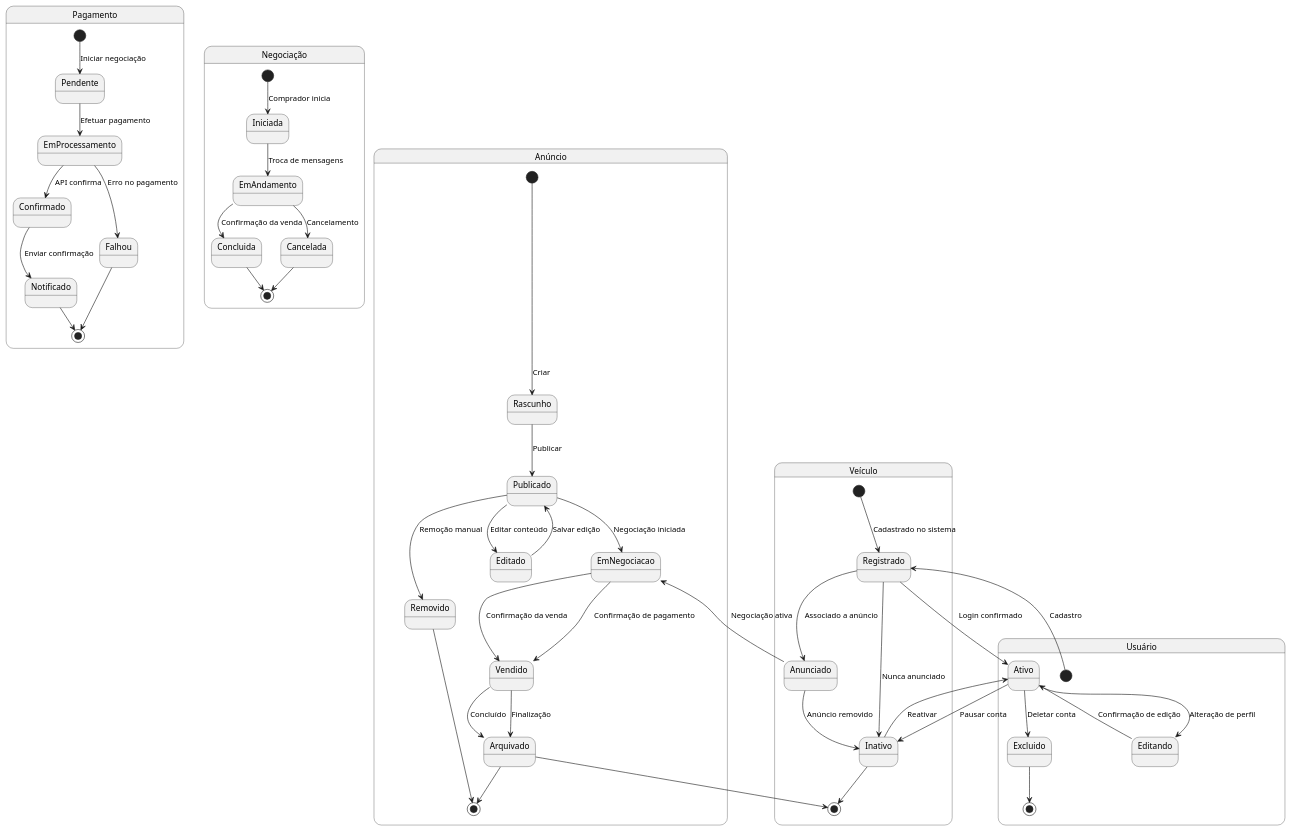
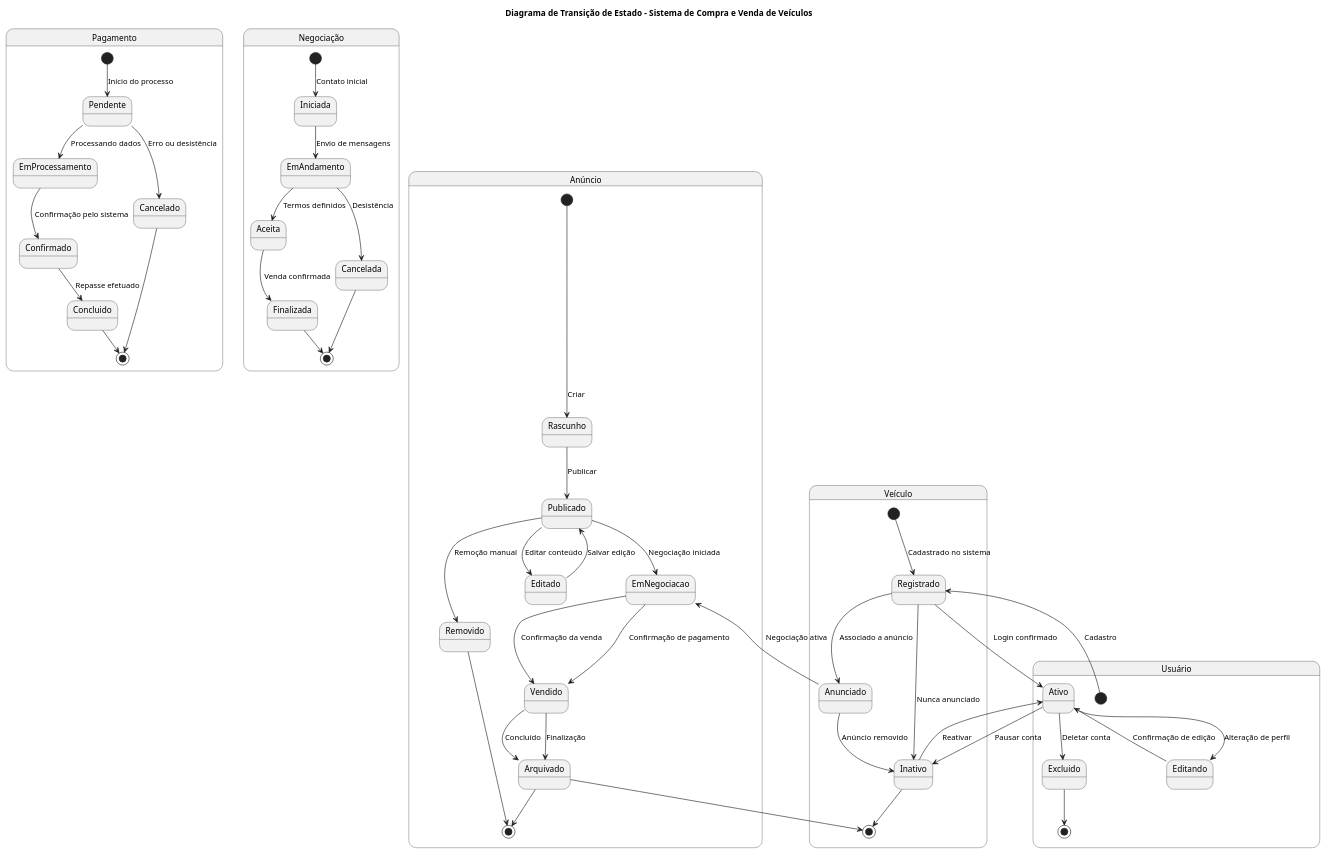
The diagram in diagrama_transicao_estado.md (guilhermeoliveirateo/sistema-compra-venda-veiculos), drawn with PlantUML before and after one commit.

````diff
--- a/diagrama_transicao_estado.md
+++ b/diagrama_transicao_estado.md
@@ -3,70 +1,80 @@
 ```plantuml
-'' ============================
+@startuml
+title Diagrama de Transição de Estado – Sistema de Compra e Venda de Veículos
+
+' ============================
 ' Diagrama de estado do ANÚNCIO
 ' ============================
 state "Anúncio" as Anuncio {
   [*] --> Rascunho : Criar
   Rascunho --> Publicado : Publicar
   Publicado --> EmNegociacao : Negociação iniciada
   EmNegociacao --> Vendido : Confirmação de pagamento
   Vendido --> Arquivado : Finalização
   Arquivado --> [*]
 
   Publicado --> Editado : Editar conteúdo
   Editado --> Publicado : Salvar edição
   Publicado --> Removido : Remoção manual
   Removido --> [*]
 }
 
 ' ============================
 ' Diagrama de estado do VEÍCULO
 ' ============================
 state "Veículo" as Veiculo {
   [*] --> Registrado : Cadastrado no sistema
   Registrado --> Anunciado : Associado a anúncio
   Anunciado --> EmNegociacao : Negociação ativa
   EmNegociacao --> Vendido : Confirmação da venda
   Vendido --> Arquivado : Concluído
   Arquivado --> [*]
 
   Registrado --> Inativo : Nunca anunciado
   Inativo --> [*]
   Anunciado --> Inativo : Anúncio removido
 }
 
 ' ============================
 ' Diagrama de estado do USUÁRIO
 ' ============================
 state "Usuário" as Usuario {
   [*] --> Registrado : Cadastro
   Registrado --> Ativo : Login confirmado
   Ativo --> Editando : Alteração de perfil
   Editando --> Ativo : Confirmação de edição
   Ativo --> Inativo : Pausar conta
   Inativo --> Ativo : Reativar
   Ativo --> Excluido : Deletar conta
   Excluido --> [*]
 }
 
-' ================== Diagrama de Estado: Pagamento ==================
+' ============================
+' Diagrama de estado do PAGAMENTO
+' ============================
 state "Pagamento" as Pagamento {
-  [*] --> Pendente : Iniciar negociação
-  Pendente --> EmProcessamento : Efetuar pagamento
-  EmProcessamento --> Confirmado : API confirma
-  EmProcessamento --> Falhou : Erro no pagamento
-  Confirmado --> Notificado : Enviar confirmação
-  Notificado --> [*]
-  Falhou --> [*]
+  [*] --> Pendente : Início do processo
+  Pendente --> EmProcessamento : Processando dados
+  EmProcessamento --> Confirmado : Confirmação pelo sistema
+  Confirmado --> Concluido : Repasse efetuado
+  Concluido --> [*]
+
+  Pendente --> Cancelado : Erro ou desistência
+  Cancelado --> [*]
 }
 
-' ================== Diagrama de Estado: Negociação ==================
+' ============================
+' Diagrama de estado da NEGOCIAÇÃO
+' ============================
 state "Negociação" as Negociacao {
-  [*] --> Iniciada : Comprador inicia
-  Iniciada --> EmAndamento : Troca de mensagens
-  EmAndamento --> Concluida : Confirmação da venda
-  EmAndamento --> Cancelada : Cancelamento
-  Concluida --> [*]
+  [*] --> Iniciada : Contato inicial
+  Iniciada --> EmAndamento : Envio de mensagens
+  EmAndamento --> Aceita : Termos definidos
+  Aceita --> Finalizada : Venda confirmada
+  Finalizada --> [*]
+
+  EmAndamento --> Cancelada : Desistência
   Cancelada --> [*]
 }
 @enduml
 ```
````
